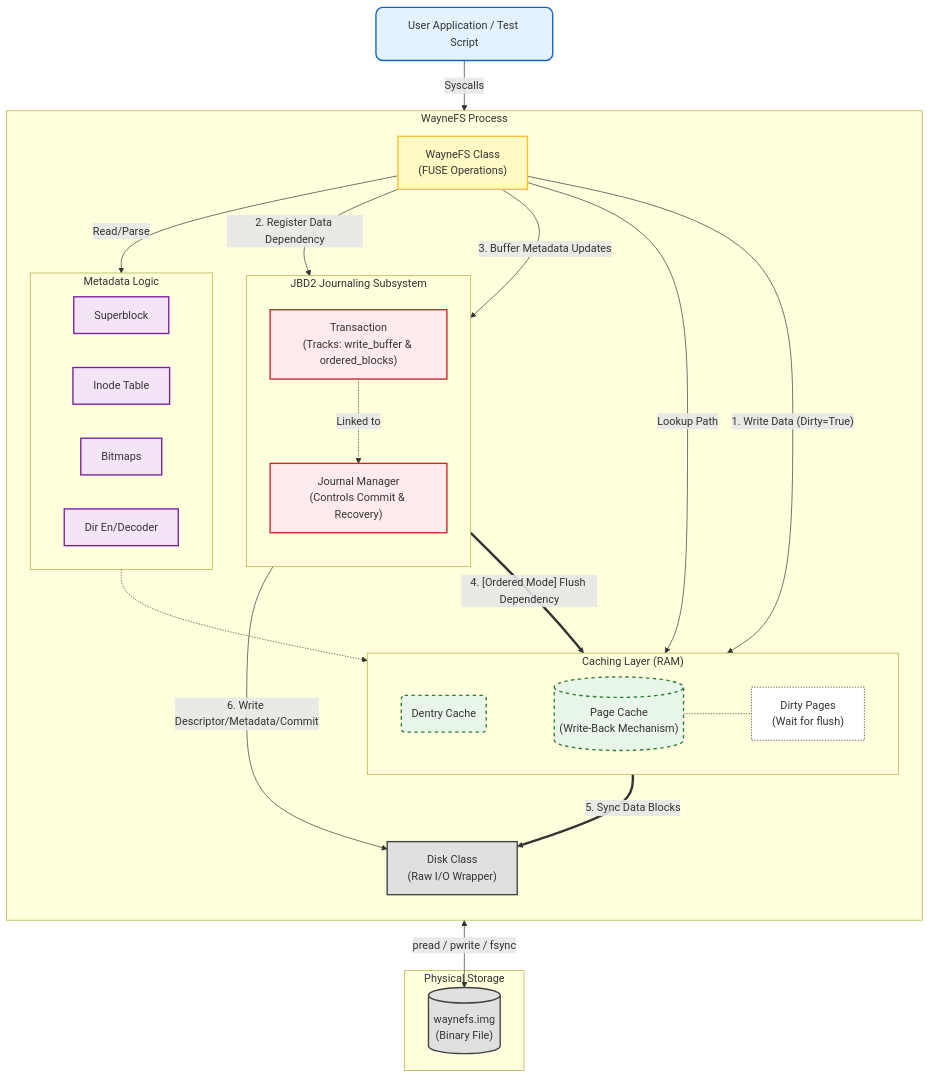
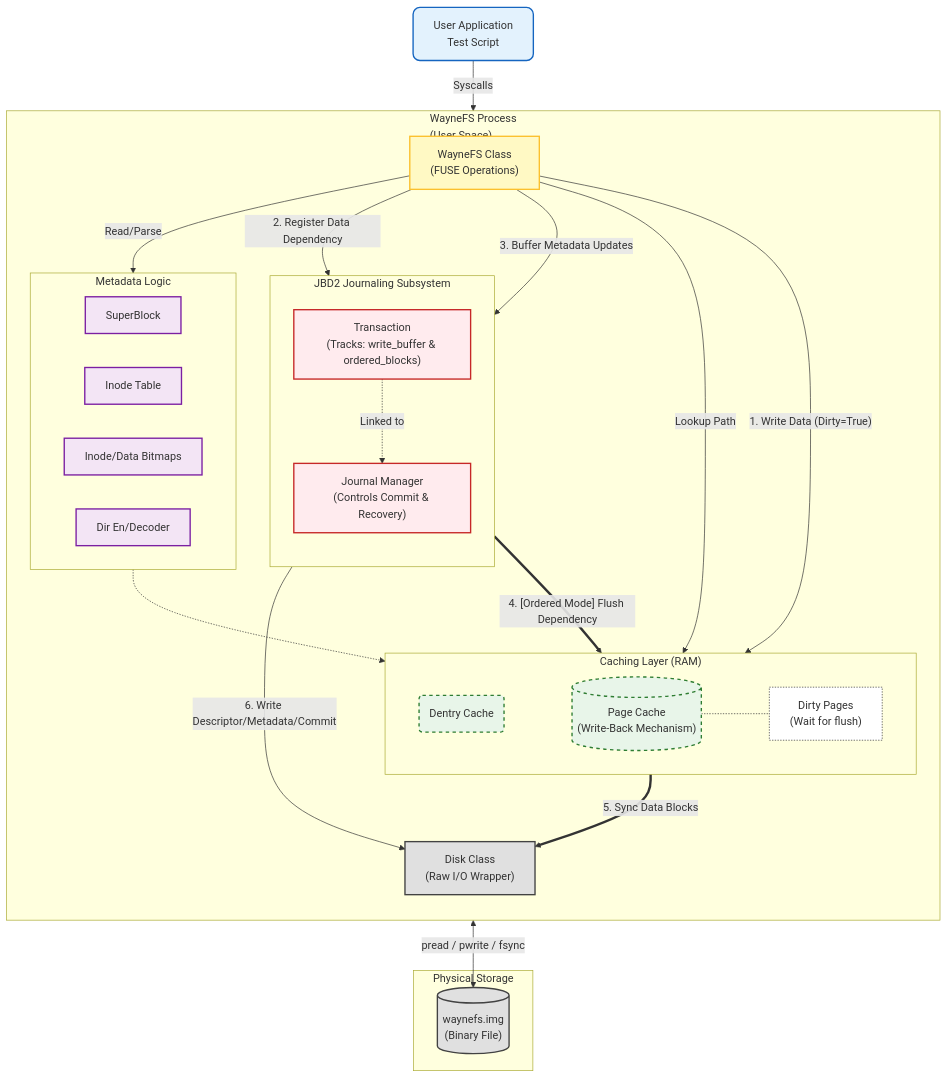
The first of 2 diagrams in README.md (wayne70211/wayne_fs), drawn with Mermaid before and after one commit. The commit also changed other lines of this file, not shown here.

Commit message:
[Doc] Update flow chart

```diff
--- a/README.md
+++ b/README.md
@@ -17,10 +17,10 @@
     classDef note fill:#ffffff,stroke:#333333,stroke-dasharray: 2 2;
 
     %% --- 1. User Space ---
-    User[User Application / Test Script]:::user
+    User[User Application <br/> Test Script]:::user
     
     %% --- 2. WayneFS Logic Container ---
-    subgraph WayneFS ["WayneFS Process"]
+    subgraph WayneFS ["WayneFS Process<br/>(User Space)"]
         direction TB
         
         %% Entry Point
@@ -38,9 +38,9 @@
         %% --- Metadata Logic Layer ---
         subgraph Metadata_Layer ["Metadata Logic"]
             direction LR
-            SB[Superblock]:::meta
+            SB[SuperBlock]:::meta
             IT[Inode Table]:::meta
-            BM[Bitmaps]:::meta
+            BM[Inode/Data Bitmaps]:::meta
             DirOps[Dir En/Decoder]:::meta
         end
 
```
